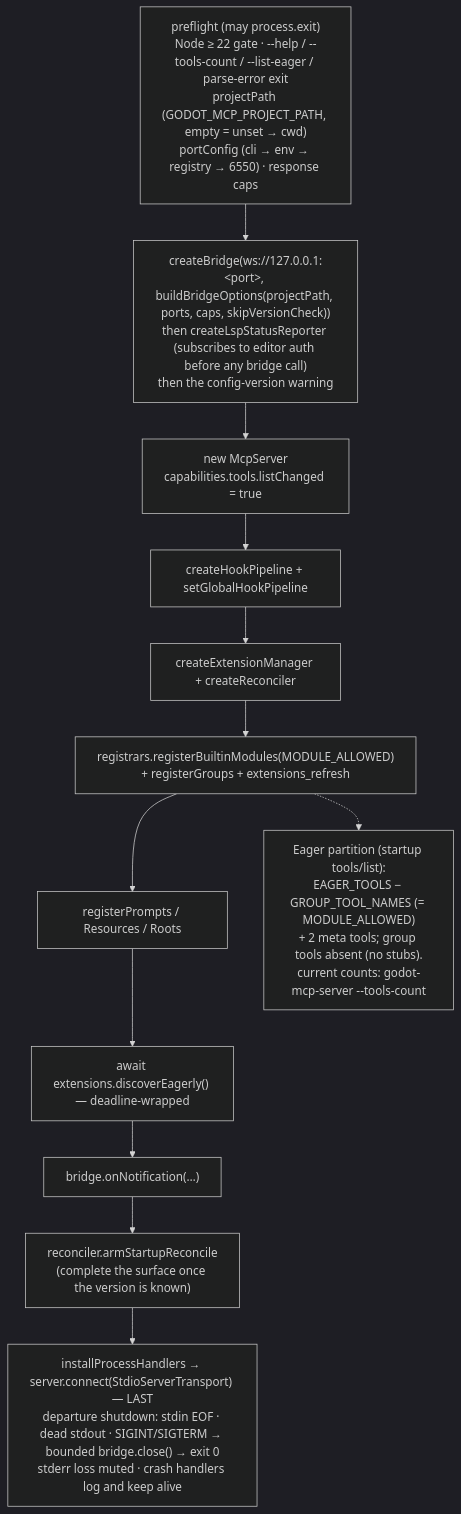
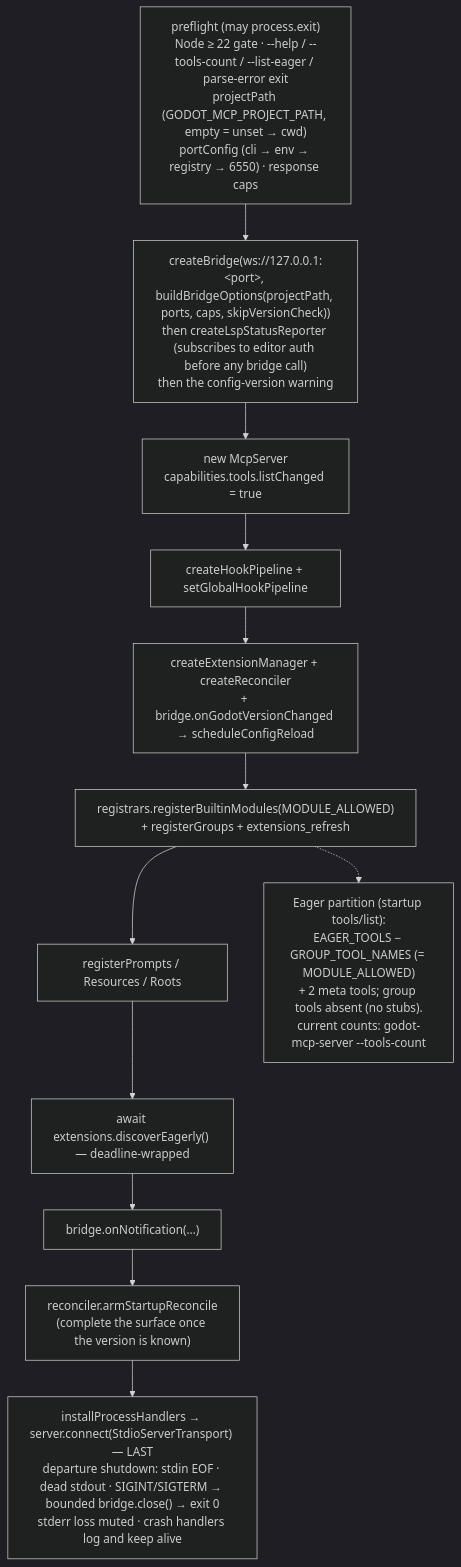
One commit to NPGameDev/godot-mcp-server changed the third of 13 diagrams in docs/architecture/README.md. Above: the diagram before and after it, drawn with Mermaid (dark theme). The commit also changed other lines of this file, not shown here.

First line of the commit message:
docs(arch): re-attest the server architecture at the version-tailored descriptions

````diff
--- a/docs/architecture/README.md
+++ b/docs/architecture/README.md
@@ -212,17 +212,17 @@
 ```mermaid
 flowchart TD
     pre["preflight (may process.exit)<br/>Node ≥ 22 gate · --help / --tools-count / --list-eager / parse-error exit<br/>projectPath (GODOT_MCP_PROJECT_PATH, empty = unset → cwd)<br/>portConfig (cli → env → registry → 6550) · response caps"]
     bridge["createBridge(ws://127.0.0.1:&lt;port&gt;, buildBridgeOptions(projectPath, ports, caps, skipVersionCheck))<br/>then createLspStatusReporter (subscribes to editor auth before any bridge call)<br/>then the config-version warning"]
     srv["new McpServer<br/>capabilities.tools.listChanged = true"]
     hooks["createHookPipeline + setGlobalHookPipeline"]
-    subsys["createExtensionManager + createReconciler"]
+    subsys["createExtensionManager + createReconciler<br/>+ bridge.onGodotVersionChanged → scheduleConfigReload"]
     reg["registrars.registerBuiltinModules(MODULE_ALLOWED)<br/>+ registerGroups + extensions_refresh"]
     mcpcap["registerPrompts / Resources / Roots"]
     eager["await extensions.discoverEagerly() — deadline-wrapped"]
     notif["bridge.onNotification(…)"]
     recon["reconciler.armStartupReconcile<br/>(complete the surface once the version is known)"]
     conn["installProcessHandlers → server.connect(StdioServerTransport) — LAST<br/>departure shutdown: stdin EOF · dead stdout · SIGINT/SIGTERM → bounded bridge.close() → exit 0<br/>stderr loss muted · crash handlers log and keep alive"]
     pre --> bridge --> srv --> hooks --> subsys --> reg --> mcpcap --> eager --> notif --> recon --> conn
     part["Eager partition (startup tools/list):<br/>EAGER_TOOLS − GROUP_TOOL_NAMES (= MODULE_ALLOWED)<br/>+ 2 meta tools; group tools absent (no stubs).<br/>current counts: godot-mcp-server --tools-count"]
     reg -.-> part
 ```
````
